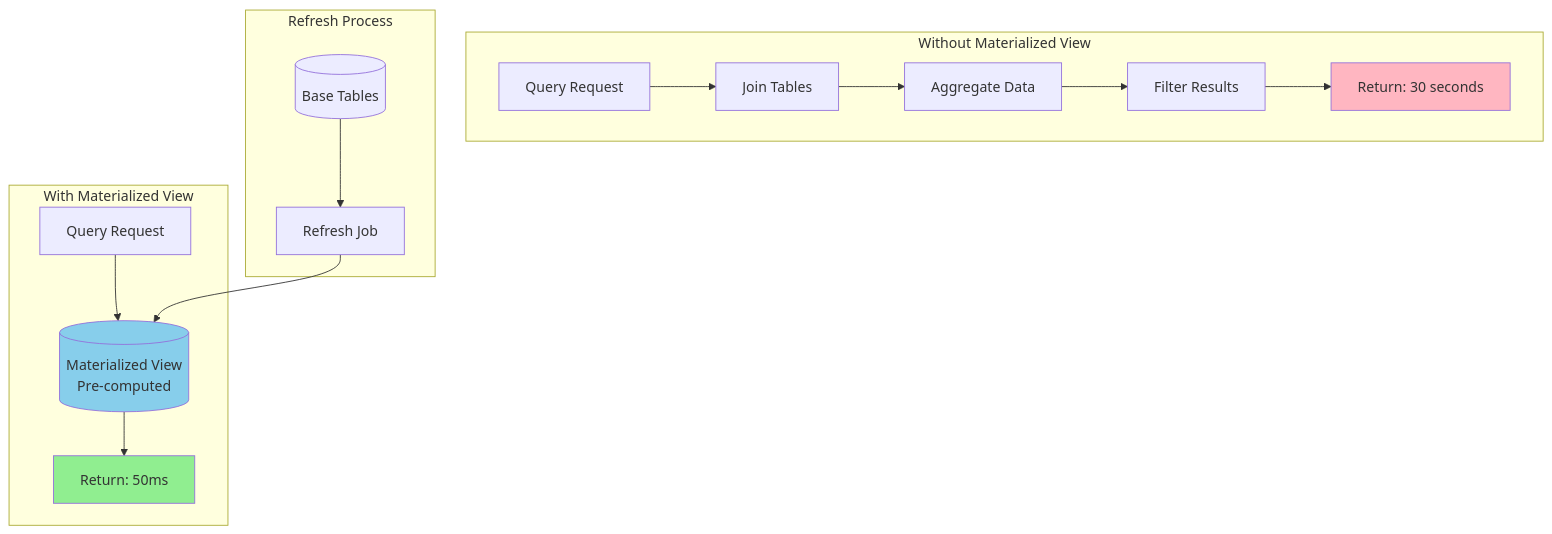
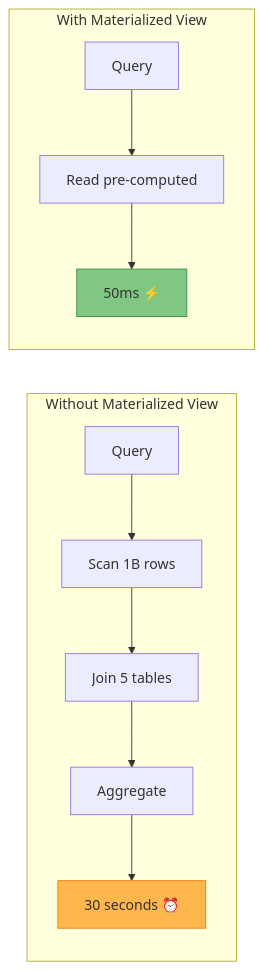
The first of 8 diagrams in docs/pattern-library/data-management/materialized-view.md (deepaucksharma/DStudio), drawn with Mermaid before and after one commit. The commit also changed other lines of this file and 5 other files, not shown here.

````diff
--- a/docs/pattern-library/data-management/materialized-view.md
+++ b/docs/pattern-library/data-management/materialized-view.md
@@ -67,24 +90,17 @@
 ```mermaid
-graph TB
+graph LR
     subgraph "Without Materialized View"
-        Q1[Query Request] --> J1[Join Tables]
-        J1 --> A1[Aggregate Data]
-        A1 --> F1[Filter Results]
-        F1 --> R1[Return: 30 seconds]
-        
-        style R1 fill:#FFB6C1
+        A[Query] --> B[Scan 1B rows]
+        B --> C[Join 5 tables]
+        C --> D[Aggregate]
+        D --> E[30 seconds ⏰]
     end
     
     subgraph "With Materialized View"
-        Q2[Query Request] --> MV[(Materialized View<br/>Pre-computed)]
-        MV --> R2[Return: 50ms]
-        
-        style MV fill:#87CEEB
-        style R2 fill:#90EE90
+        F[Query] --> G[Read pre-computed]
+        G --> H[50ms ⚡]
     end
     
-    subgraph "Refresh Process"
-        Base[(Base Tables)] --> Refresh[Refresh Job]
-        Refresh --> MV
-    end
+    style E fill:#ffb74d,stroke:#f57c00
+    style H fill:#81c784,stroke:#388e3c
 ```
````
